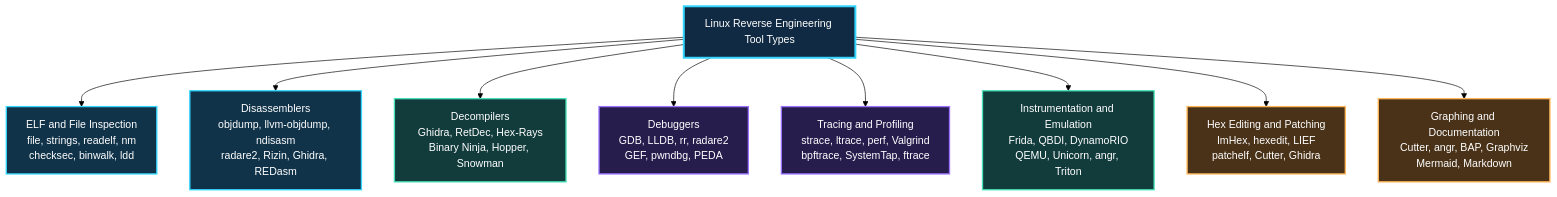
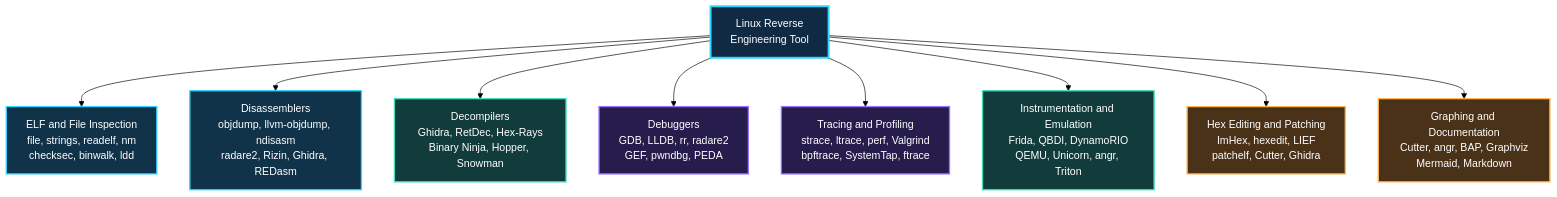
Before and after one commit to cybersecurity-dev/awesome-linux-reverse-engineering: the second of 2 diagrams in README.md, drawn with Mermaid (forest theme). The commit also changed other lines of this file, not shown here.

Commit message:
++fixed flowchart

````diff
--- a/README.md
+++ b/README.md
@@ -78,25 +78,25 @@
 ```mermaid
 flowchart TB
-    ROOT["Linux Reverse Engineering Tool Types"]
+    ROOT["Linux Reverse<br/>Engineering Tool"]
 
     ROOT --> INSPECT["ELF and File Inspection<br/>file, strings, readelf, nm<br/>checksec, binwalk, ldd"]
     ROOT --> DISASM["Disassemblers<br/>objdump, llvm-objdump, ndisasm<br/>radare2, Rizin, Ghidra, REDasm"]
     ROOT --> DECOMP["Decompilers<br/>Ghidra, RetDec, Hex-Rays<br/>Binary Ninja, Hopper, Snowman"]
     ROOT --> DEBUG["Debuggers<br/>GDB, LLDB, rr, radare2<br/>GEF, pwndbg, PEDA"]
     ROOT --> TRACE["Tracing and Profiling<br/>strace, ltrace, perf, Valgrind<br/>bpftrace, SystemTap, ftrace"]
     ROOT --> INSTR["Instrumentation and Emulation<br/>Frida, QBDI, DynamoRIO<br/>QEMU, Unicorn, angr, Triton"]
     ROOT --> EDIT["Hex Editing and Patching<br/>ImHex, hexedit, LIEF<br/>patchelf, Cutter, Ghidra"]
     ROOT --> GRAPH["Graphing and Documentation<br/>Cutter, angr, BAP, Graphviz<br/>Mermaid, Markdown"]
 
     classDef root fill:#102a43,stroke:#32d5ff,color:#ffffff,stroke-width:3px
     classDef blue fill:#10334a,stroke:#32d5ff,color:#ffffff,stroke-width:2px
     classDef green fill:#123b3c,stroke:#45e0b7,color:#ffffff,stroke-width:2px
     classDef purple fill:#261d4d,stroke:#9a72ff,color:#ffffff,stroke-width:2px
     classDef orange fill:#493218,stroke:#ffb454,color:#ffffff,stroke-width:2px
 
     class ROOT root
     class INSPECT,DISASM blue
     class DECOMP,INSTR green
     class DEBUG,TRACE purple
     class EDIT,GRAPH orange
 ```
````
